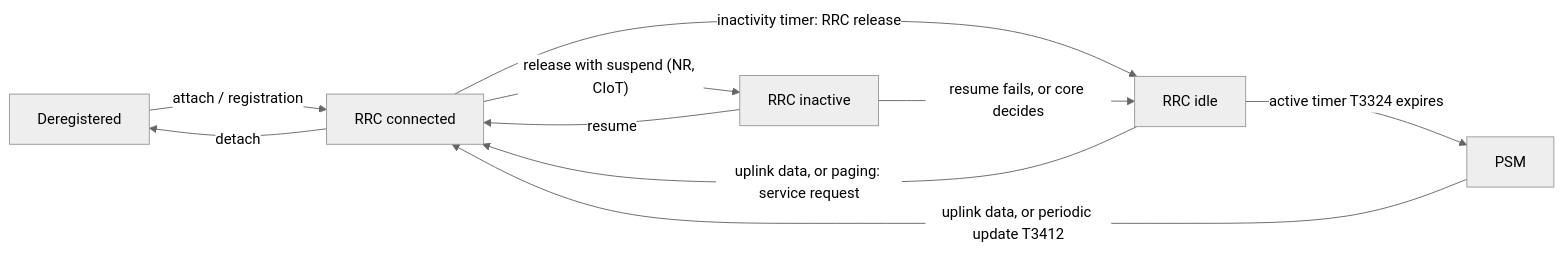
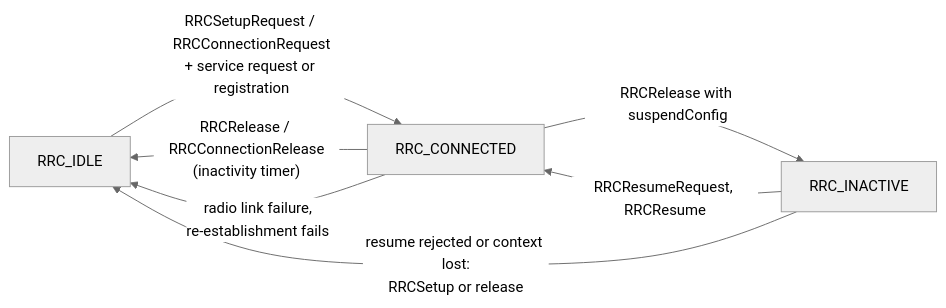
One commit to yassineflag/engineering-notes-public changed the tenth of 13 diagrams in wireless-protocols-and-connectivity/cellular/cellular.md. Above: the diagram before and after it, drawn with Mermaid (neutral theme). The commit also changed other lines of this file, not shown here.

````diff
--- a/wireless-protocols-and-connectivity/cellular/cellular.md
+++ b/wireless-protocols-and-connectivity/cellular/cellular.md
@@ -1340,12 +1342,9 @@
 ```mermaid
 flowchart LR
-    dereg["Deregistered"] -->|"attach / registration"| conn["RRC connected"]
-    conn -->|"inactivity timer: RRC release"| idle["RRC idle"]
-    idle -->|"uplink data, or paging: service request"| conn
-    conn -->|"release with suspend (NR, CIoT)"| inact["RRC inactive"]
-    inact -->|"resume"| conn
-    inact -->|"resume fails, or core decides"| idle
-    idle -->|"active timer T3324 expires"| psm["PSM"]
-    psm -->|"uplink data, or periodic update T3412"| conn
-    conn -->|"detach"| dereg
+    idle["RRC_IDLE"] -->|"RRCSetupRequest / RRCConnectionRequest<br/>+ service request or registration"| conn["RRC_CONNECTED"]
+    conn -->|"RRCRelease / RRCConnectionRelease<br/>(inactivity timer)"| idle
+    conn -->|"RRCRelease with suspendConfig"| inact["RRC_INACTIVE"]
+    inact -->|"RRCResumeRequest, RRCResume"| conn
+    inact -->|"resume rejected or context lost:<br/>RRCSetup or release"| idle
+    conn -->|"radio link failure,<br/>re-establishment fails"| idle
 ```
````
